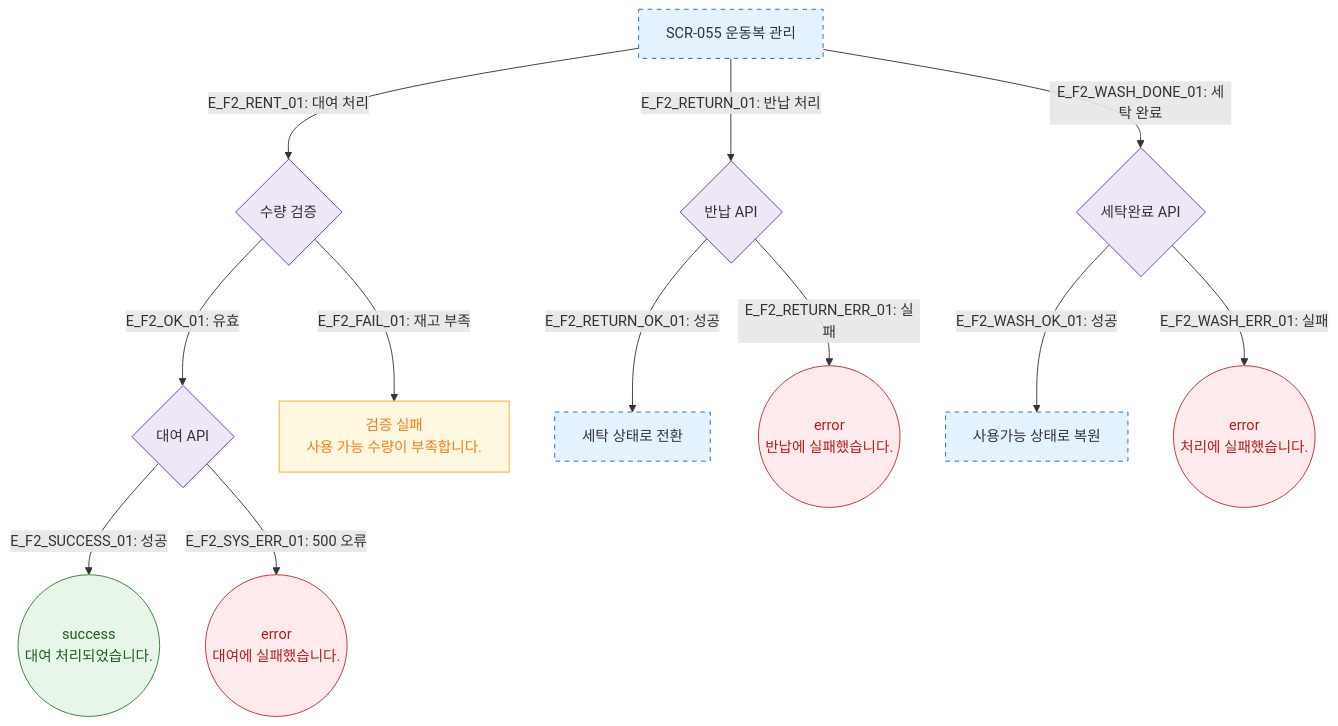
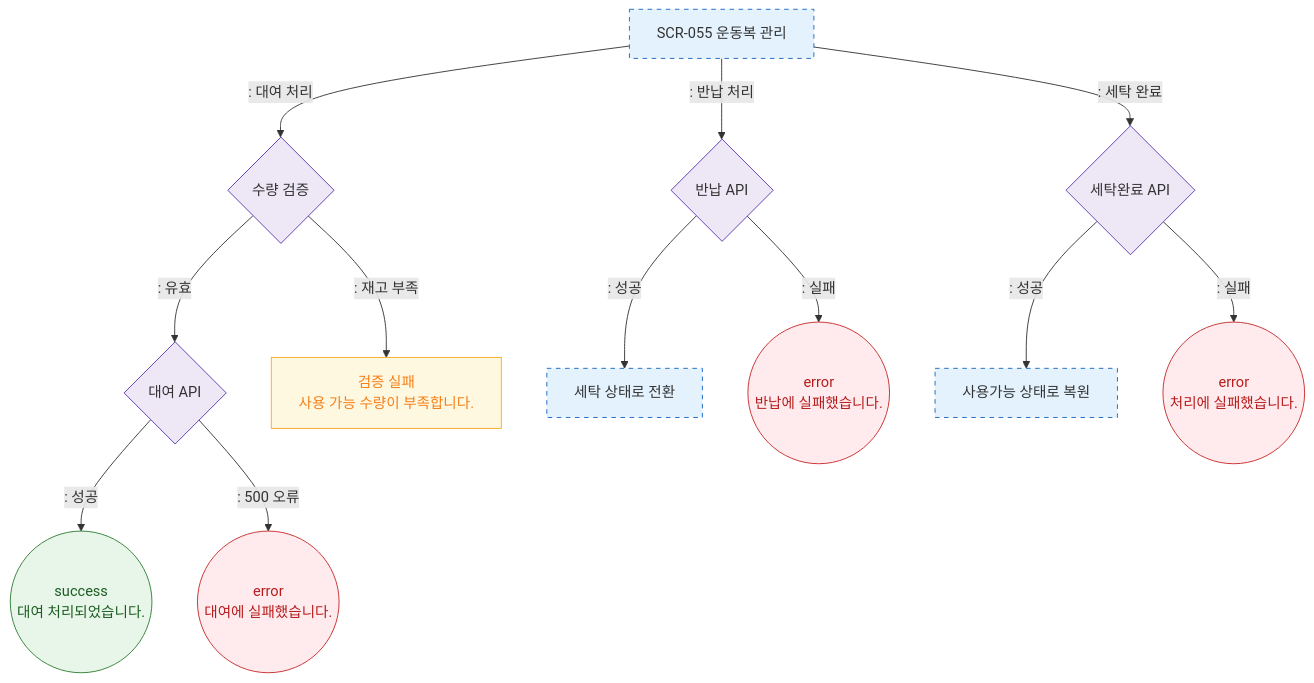
One commit to dev-spogym/admin-pando changed the diagram in docs/다이어그램/D06_시설관리/SCR-055_운동복관리/F2_메인.md. Above: the diagram before and after it, drawn with Mermaid. The commit also changed other lines of this file and 1660 other files, not shown here.

First line of the commit message:
다이어그램: 기획자/클라이언트 납품본으로 정리

````diff
--- a/docs/다이어그램/D06_시설관리/SCR-055_운동복관리/F2_메인.md
+++ b/docs/다이어그램/D06_시설관리/SCR-055_운동복관리/F2_메인.md
@@ -16,30 +14,30 @@
 ```mermaid
 flowchart TD
     SCR_055[SCR-055 운동복 관리]
 
-    SCR_055 -->|"E_F2_RENT_01: 대여 처리"| Validate{수량 검증}
+    SCR_055 -->|": 대여 처리"|Validate{수량 검증}
 
-    Validate -->|"E_F2_OK_01: 유효"| RentAPI{대여 API}
-    Validate -->|"E_F2_FAIL_01: 재고 부족"| ValidationFail[검증 실패\n사용 가능 수량이 부족합니다.]
-    RentAPI -->|"E_F2_SUCCESS_01: 성공"| RentSuccess((success\n대여 처리되었습니다.))
-    RentAPI -->|"E_F2_SYS_ERR_01: 500 오류"| SysErr((error\n대여에 실패했습니다.))
+    Validate -->|": 유효"|RentAPI{대여 API}
+    Validate -->|": 재고 부족"|ValidationFail[검증 실패\n사용 가능 수량이 부족합니다.]
+    RentAPI -->|": 성공"|RentSuccess((success\n대여 처리되었습니다.))
+    RentAPI -->|": 500 오류"|SysErr((error\n대여에 실패했습니다.))
 
-    SCR_055 -->|"E_F2_RETURN_01: 반납 처리"| ReturnAPI{반납 API}
-    ReturnAPI -->|"E_F2_RETURN_OK_01: 성공"| WashState[세탁 상태로 전환]
-    ReturnAPI -->|"E_F2_RETURN_ERR_01: 실패"| ReturnErr((error\n반납에 실패했습니다.))
+    SCR_055 -->|": 반납 처리"|ReturnAPI{반납 API}
+    ReturnAPI -->|": 성공"|WashState[세탁 상태로 전환]
+    ReturnAPI -->|": 실패"|ReturnErr((error\n반납에 실패했습니다.))
 
-    SCR_055 -->|"E_F2_WASH_DONE_01: 세탁 완료"| WashAPI{세탁완료 API}
-    WashAPI -->|"E_F2_WASH_OK_01: 성공"| AvailState[사용가능 상태로 복원]
-    WashAPI -->|"E_F2_WASH_ERR_01: 실패"| WashErr((error\n처리에 실패했습니다.))
+    SCR_055 -->|": 세탁 완료"|WashAPI{세탁완료 API}
+    WashAPI -->|": 성공"|AvailState[사용가능 상태로 복원]
+    WashAPI -->|": 실패"|WashErr((error\n처리에 실패했습니다.))
 
     classDef screen fill:#E3F2FD,stroke:#1565C0,stroke-dasharray:5 5
     classDef success fill:#E8F5E9,stroke:#2E7D32,color:#1B5E20
     classDef error fill:#FFEBEE,stroke:#C62828,color:#B71C1C
     classDef warning fill:#FFF8E1,stroke:#F9A825,color:#F57F17
     classDef system fill:#EDE7F6,stroke:#5E35B2
     class SCR_055,WashState,AvailState screen
     class RentSuccess success
     class SysErr,ReturnErr,WashErr error
     class ValidationFail warning
     class Validate,RentAPI,ReturnAPI,WashAPI system
 ```
````
